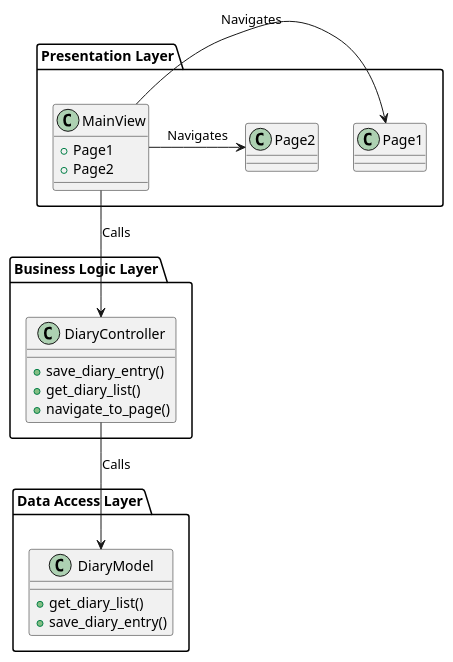
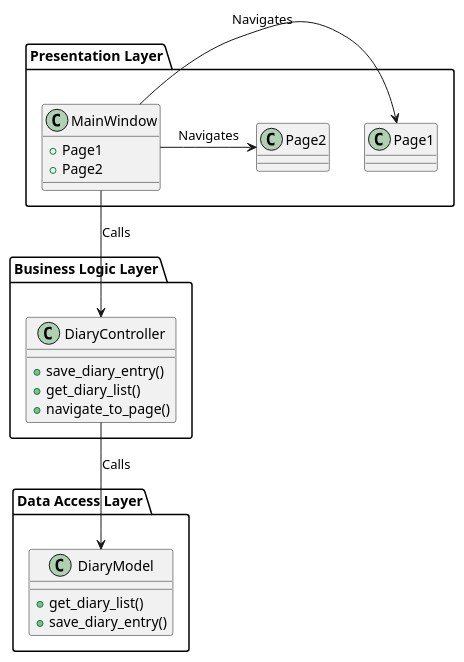
One commit to homan05872/Template_customtkinter_mvc changed the diagram in 設計/architecture.pu. Above: the diagram before and after it, drawn with PlantUML. The commit also changed 35 other files, not shown here.

```diff
--- a/設計/architecture.pu
+++ b/設計/architecture.pu
@@ -1,34 +1,34 @@
 @startuml name
 
 package "Presentation Layer" {
-    class MainView {
+    class MainWindow {
         + Page1
         + Page2
     }
 
     class Page1
     class Page2
 }
 
 package "Business Logic Layer" {
     class DiaryController {
         + save_diary_entry()
         + get_diary_list()
         + navigate_to_page()
     }
 }
 
 package "Data Access Layer" {
     class DiaryModel {
         + get_diary_list()
         + save_diary_entry()
     }
 }
 
-MainView --> DiaryController : "Calls"
+MainWindow --> DiaryController : "Calls"
 DiaryController --> DiaryModel : "Calls"
 
-MainView -> Page1 : "Navigates"
-MainView -> Page2 : "Navigates"
+MainWindow -> Page1 : "Navigates"
+MainWindow -> Page2 : "Navigates"
 
 @enduml
```
